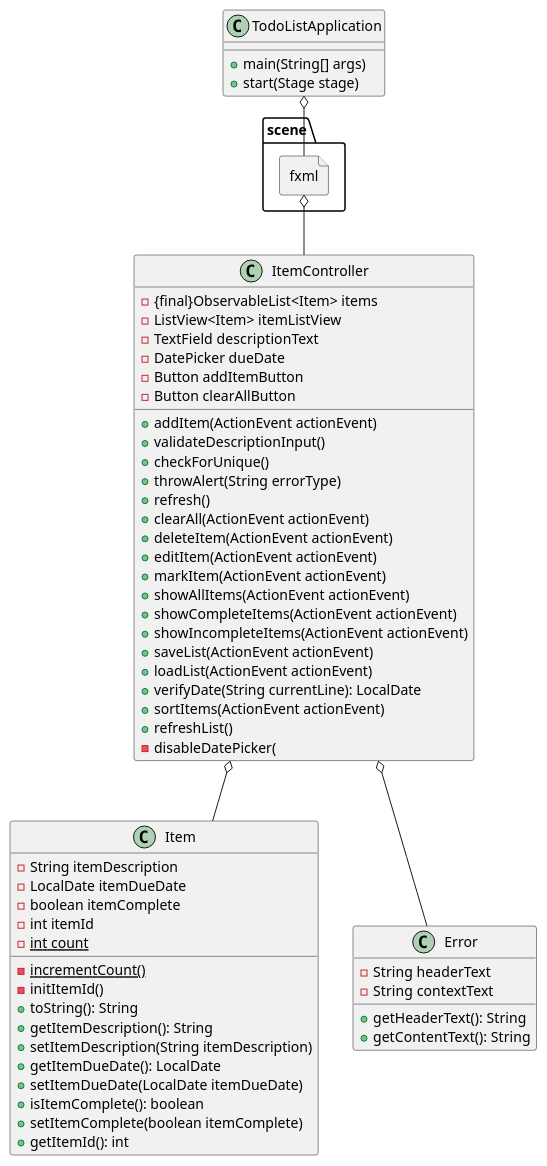
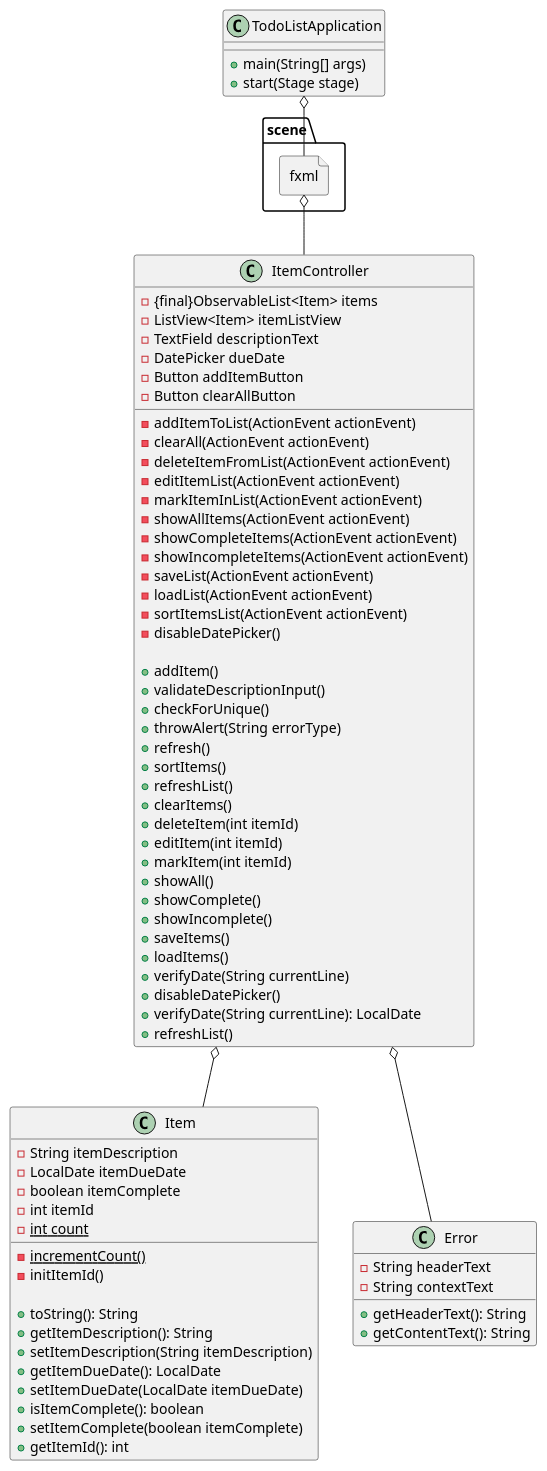
Before and after one commit to nader-fares/fares-app1-impl: the diagram in javafxApp/docs/main.puml, drawn with PlantUML. The commit also changed 13 other files, not shown here.

Commit message:
added helper functions for fxml methods, updated uml

```diff
--- a/javafxApp/docs/main.puml
+++ b/javafxApp/docs/main.puml
@@ -1,69 +1,85 @@
 @startuml
 'https://plantuml.com/sequence-diagram
 
 class TodoListApplication {
 +main(String[] args)
 +start(Stage stage)
 }
 
 class Item {
 -String itemDescription
 -LocalDate itemDueDate
 -boolean itemComplete
 -int itemId
 -{static}int count
 -{static}incrementCount()
 -initItemId()
+
 +toString(): String
 +getItemDescription(): String
 +setItemDescription(String itemDescription)
 +getItemDueDate(): LocalDate
 +setItemDueDate(LocalDate itemDueDate)
 +isItemComplete(): boolean
 +setItemComplete(boolean itemComplete)
 +getItemId(): int
 }
 
 class ItemController {
 -{final}ObservableList<Item> items
 -ListView<Item> itemListView
 -TextField descriptionText
 -DatePicker dueDate
 -Button addItemButton
 -Button clearAllButton
-+addItem(ActionEvent actionEvent)
+-addItemToList(ActionEvent actionEvent)
+-clearAll(ActionEvent actionEvent)
+-deleteItemFromList(ActionEvent actionEvent)
+-editItemList(ActionEvent actionEvent)
+-markItemInList(ActionEvent actionEvent)
+-showAllItems(ActionEvent actionEvent)
+-showCompleteItems(ActionEvent actionEvent)
+-showIncompleteItems(ActionEvent actionEvent)
+-saveList(ActionEvent actionEvent)
+-loadList(ActionEvent actionEvent)
+-sortItemsList(ActionEvent actionEvent)
+-disableDatePicker()
+
++addItem()
 +validateDescriptionInput()
 +checkForUnique()
 +throwAlert(String errorType)
 +refresh()
-+clearAll(ActionEvent actionEvent)
-+deleteItem(ActionEvent actionEvent)
-+editItem(ActionEvent actionEvent)
-+markItem(ActionEvent actionEvent)
-+showAllItems(ActionEvent actionEvent)
-+showCompleteItems(ActionEvent actionEvent)
-+showIncompleteItems(ActionEvent actionEvent)
-+saveList(ActionEvent actionEvent)
-+loadList(ActionEvent actionEvent)
++sortItems()
++refreshList()
++clearItems()
++deleteItem(int itemId)
++editItem(int itemId)
++markItem(int itemId)
++showAll()
++showComplete()
++showIncomplete()
++saveItems()
++loadItems()
++verifyDate(String currentLine)
++disableDatePicker()
 +verifyDate(String currentLine): LocalDate
-+sortItems(ActionEvent actionEvent)
 +refreshList()
--disableDatePicker(
 }
 
 class Error {
 -String headerText
 -String contextText
 +getHeaderText(): String
 +getContentText(): String
 }
 
 file scene.fxml {
 }
 
 scene.fxml o-- ItemController
 TodoListApplication o-- scene.fxml
 ItemController o-- Item
 ItemController o-- Error
 
 @enduml
```
